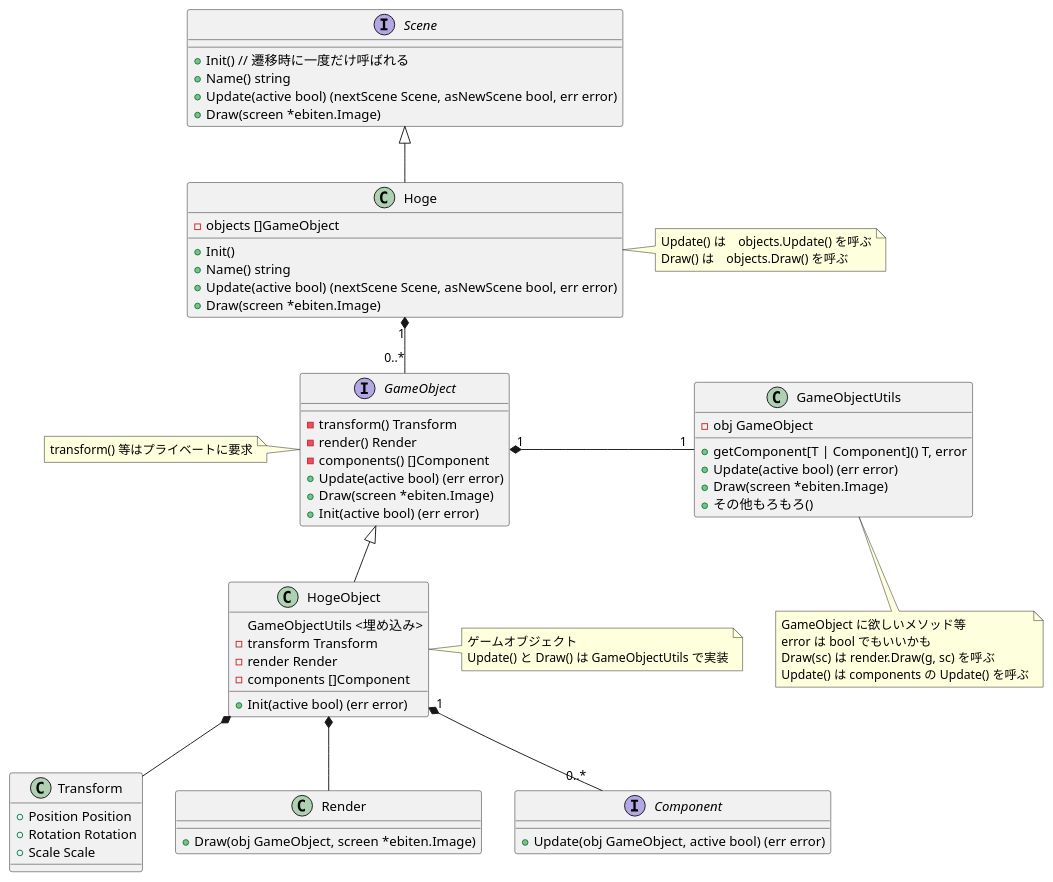
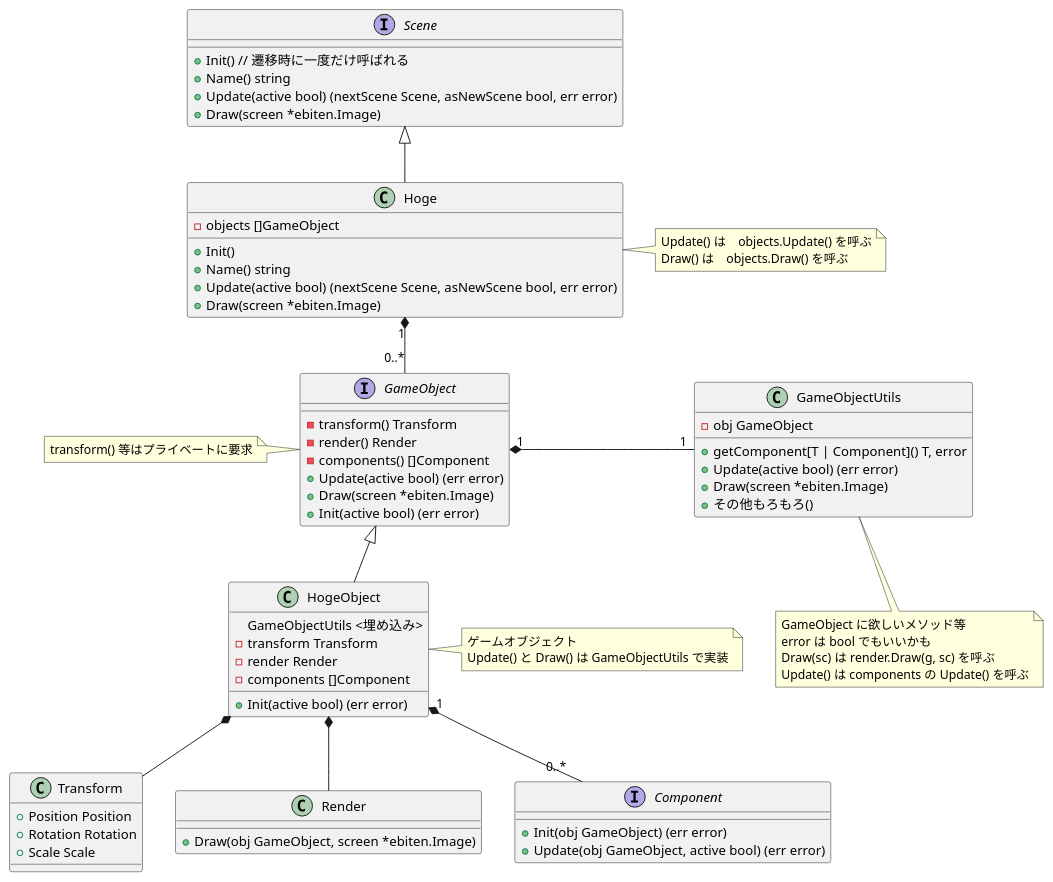
The diagram in Docs/Scene_class_diagram.puml (kmc-jp/Gamedev_Tempura-of-p--Phenylazo-phenol), drawn with PlantUML before and after one commit.

Commit message:
Component.Init() を追加

```diff
--- a/Docs/Scene_class_diagram.puml
+++ b/Docs/Scene_class_diagram.puml
@@ -1,74 +1,75 @@
 @startuml Scene_class_diagram
 
 interface Scene {
     + Init() // 遷移時に一度だけ呼ばれる
     + Name() string
     + Update(active bool) (nextScene Scene, asNewScene bool, err error)
     + Draw(screen *ebiten.Image)
 }
 
 class Hoge {
     - objects []GameObject
     + Init()
     + Name() string
     + Update(active bool) (nextScene Scene, asNewScene bool, err error)
     + Draw(screen *ebiten.Image)
 }
 note right of Hoge : Update() は　objects.Update() を呼ぶ\nDraw() は　objects.Draw() を呼ぶ
 
 Hoge -up-|> Scene
 
 Hoge "1" *-- "0..*" GameObject
 
 interface GameObject {
     - transform() Transform
     - render() Render
     - components() []Component
     + Update(active bool) (err error)
     + Draw(screen *ebiten.Image)
     + Init(active bool) (err error)
 }
 note left of GameObject : transform() 等はプライベートに要求
 
 class GameObjectUtils {
     - obj GameObject
     + getComponent[T | Component]() T, error
     + Update(active bool) (err error)
     + Draw(screen *ebiten.Image)
     + その他もろもろ()
 }
 note bottom of GameObjectUtils : GameObject に欲しいメソッド等\nerror は bool でもいいかも\nDraw(sc) は render.Draw(g, sc) を呼ぶ\nUpdate() は components の Update() を呼ぶ
 
 GameObject "1" *- "1" GameObjectUtils
 
 
 class HogeObject {
     GameObjectUtils <埋め込み>
     - transform Transform
     - render Render
     - components []Component
     + Init(active bool) (err error)
 }
 note right of HogeObject : ゲームオブジェクト\nUpdate() と Draw() は GameObjectUtils で実装
 
 
 HogeObject -up-|> GameObject
 HogeObject *-- Transform
 HogeObject *-- Render
 
 HogeObject "1" *-- "0..*" Component
 
 class Transform {
     + Position Position
     + Rotation Rotation
     + Scale Scale
 }
 
 class Render {
     + Draw(obj GameObject, screen *ebiten.Image)
 }
 
 interface Component {
+    + Init(obj GameObject) (err error)
     + Update(obj GameObject, active bool) (err error)
 }
 @enduml
```
